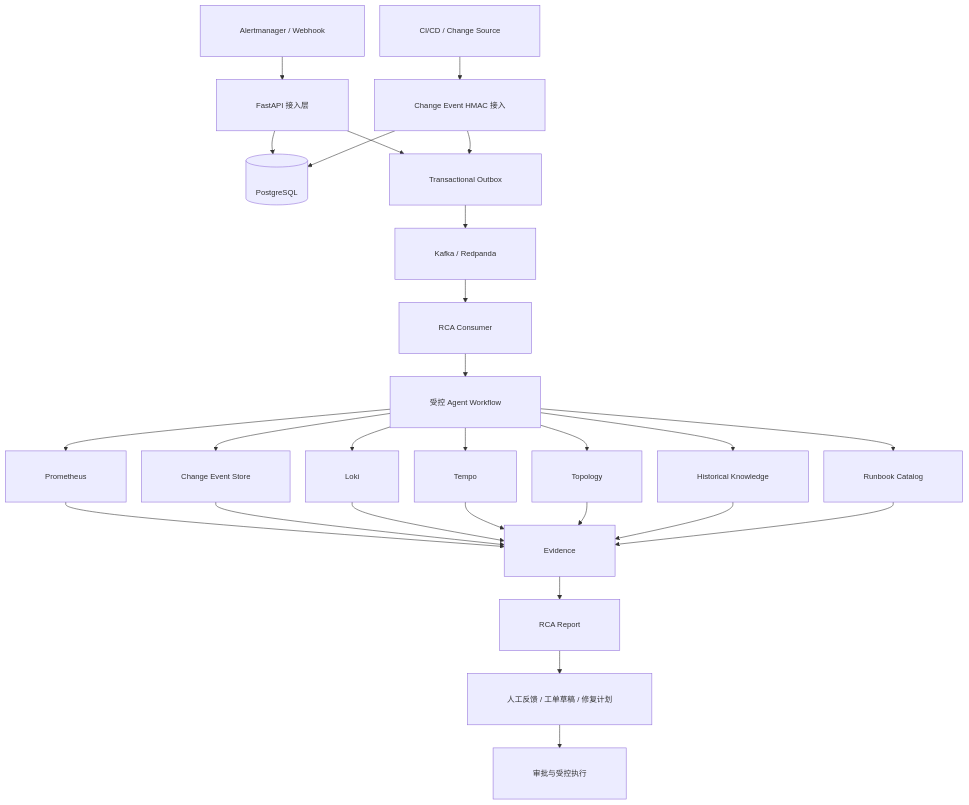
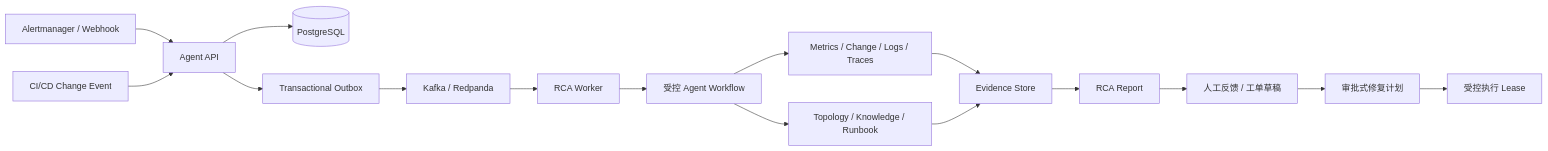
The diagram in README.md (ikang2001/devops-agent-platform), drawn with Mermaid before and after one commit. The commit also changed other lines of this file and 68 other files, not shown here.

````diff
--- a/README.md
+++ b/README.md
@@ -100,30 +23,18 @@
 ```mermaid
-%%{init: {'flowchart': {'nodeSpacing': 28, 'rankSpacing': 42, 'padding': 36}, 'themeVariables': {'fontSize': '14px'}}}%%
-flowchart TB
-    A[Alertmanager / Webhook] --> B[FastAPI 接入层]
-    A2[CI/CD / Change Source] --> B2[Change Event HMAC 接入]
-    B --> C[(PostgreSQL)]
-    B2 --> C
-    B --> D[Transactional Outbox]
-    B2 --> D
-    D --> E[Kafka / Redpanda]
-    E --> F[RCA Consumer]
-    F --> G[受控 Agent Workflow]
-    G --> H[Prometheus]
-    G --> H2[Change Event Store]
-    G --> I[Loki]
-    G --> J[Tempo]
-    G --> K[Topology]
-    G --> K2[Historical Knowledge]
-    G --> K3[Runbook Catalog]
-    H --> L[Evidence]
-    H2 --> L
-    I --> L
-    J --> L
-    K --> L
-    K2 --> L
-    K3 --> L
-    L --> M[RCA Report]
-    M --> N[人工反馈 / 工单草稿 / 修复计划]
-    N --> O[审批与受控执行]
+flowchart LR
+    A[Alertmanager / Webhook] --> B[Agent API]
+    C[CI/CD Change Event] --> B
+    B --> D[(PostgreSQL)]
+    B --> E[Transactional Outbox]
+    E --> F[Kafka / Redpanda]
+    F --> G[RCA Worker]
+    G --> H[受控 Agent Workflow]
+    H --> I[Metrics / Change / Logs / Traces]
+    H --> J[Topology / Knowledge / Runbook]
+    I --> K[Evidence Store]
+    J --> K
+    K --> L[RCA Report]
+    L --> M[人工反馈 / 工单草稿]
+    M --> N[审批式修复计划]
+    N --> O[受控执行 Lease]
 ```
````
